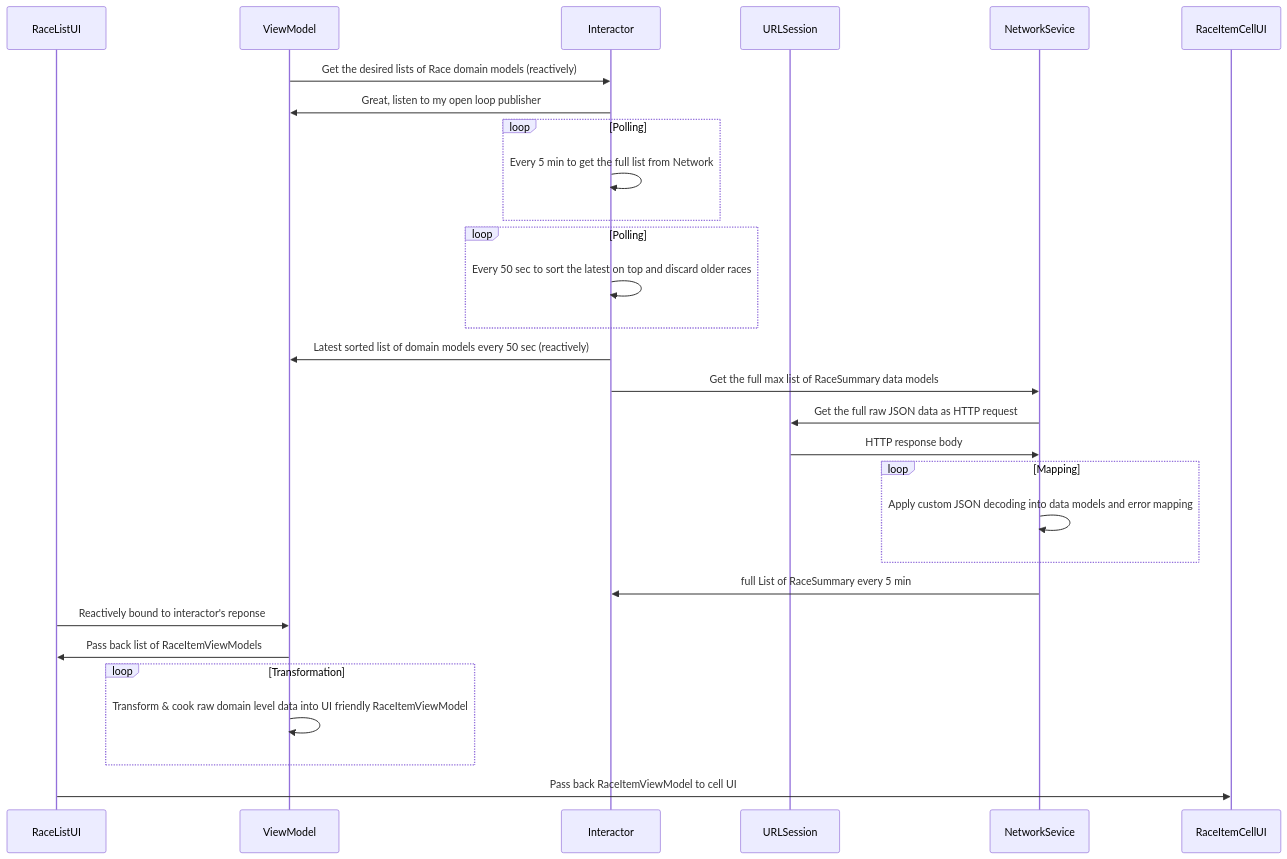
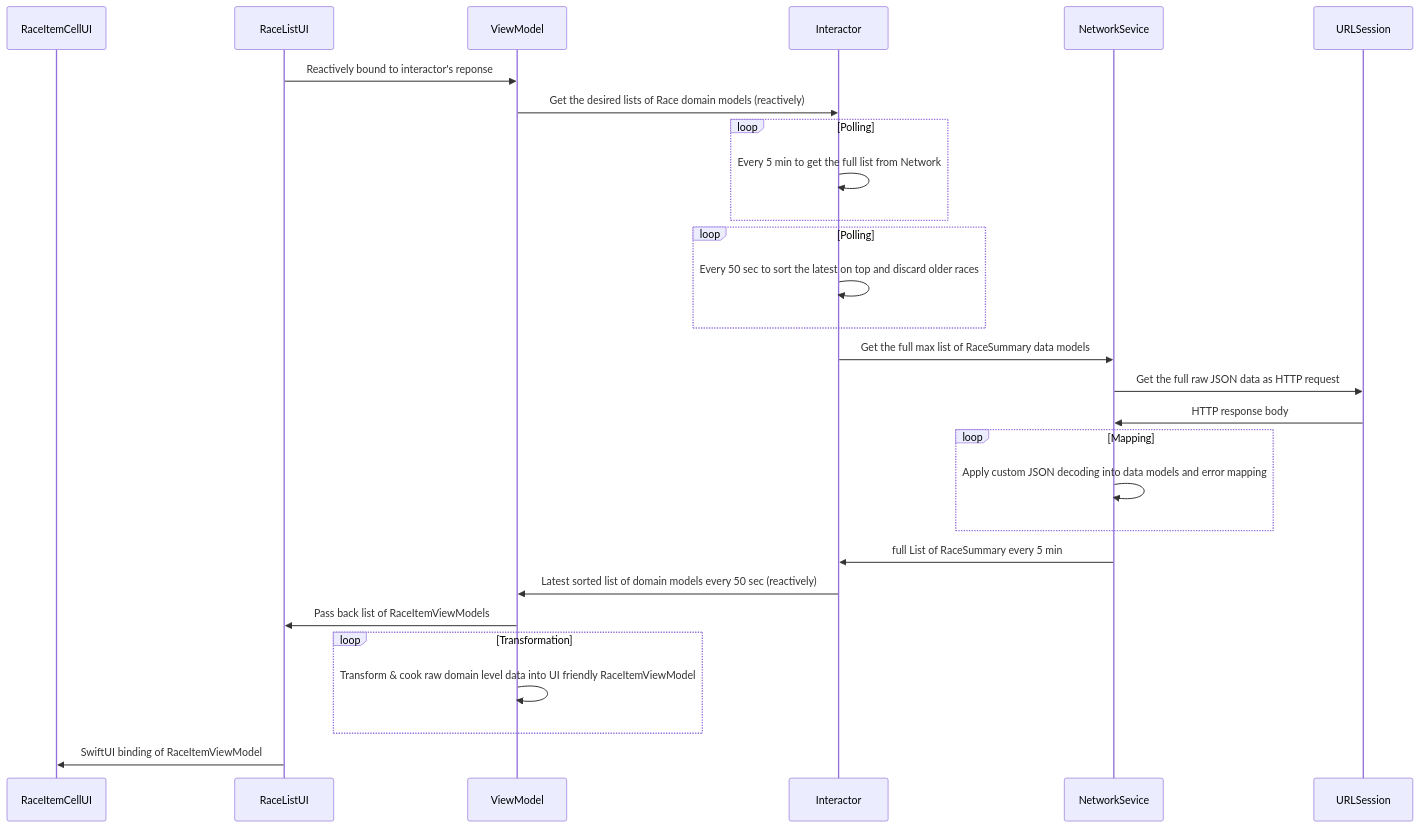
Before and after one commit to arinjoy/MyCountry: the diagram in README.md, drawn with Mermaid.

````diff
--- a/README.md
+++ b/README.md
@@ -1,30 +1,36 @@
 ```mermaid
 sequenceDiagram
+    participant  RaceItemCellUI
     participant RaceListUI
     participant ViewModel
     participant Interactor
+    participant NetworkSevice
     participant URLSession
+
+    RaceListUI->>ViewModel: Reactively bound to interactor's reponse
     
     ViewModel->>Interactor: Get the desired lists of Race domain models (reactively)
-    Interactor->>ViewModel: Great, listen to my open loop publisher
     loop Polling
         Interactor->>Interactor: Every 5 min to get the full list from Network
     end
     loop Polling
         Interactor->>Interactor: Every 50 sec to sort the latest on top and discard older races
     end
-    Interactor->>ViewModel: Latest sorted list of domain models every 50 sec (reactively)
+
     Interactor->>NetworkSevice: Get the full max list of RaceSummary data models
     NetworkSevice->>URLSession: Get the full raw JSON data as HTTP request
     URLSession->>NetworkSevice: HTTP response body
     loop Mapping
         NetworkSevice->>NetworkSevice:  Apply custom JSON decoding into data models and error mapping
     end
+
     NetworkSevice->>Interactor: full List of RaceSummary every 5 min
-    RaceListUI->>ViewModel: Reactively bound to interactor's reponse
+    Interactor->>ViewModel: Latest sorted list of domain models every 50 sec (reactively)
+
     ViewModel->>RaceListUI: Pass back list of RaceItemViewModels
     loop Transformation
         ViewModel->>ViewModel: Transform & cook raw domain level data into UI friendly RaceItemViewModel
     end
-   RaceListUI->>RaceItemCellUI: Pass back RaceItemViewModel to cell UI
+
+   RaceListUI->>RaceItemCellUI: SwiftUI binding of RaceItemViewModel
 ```
````
